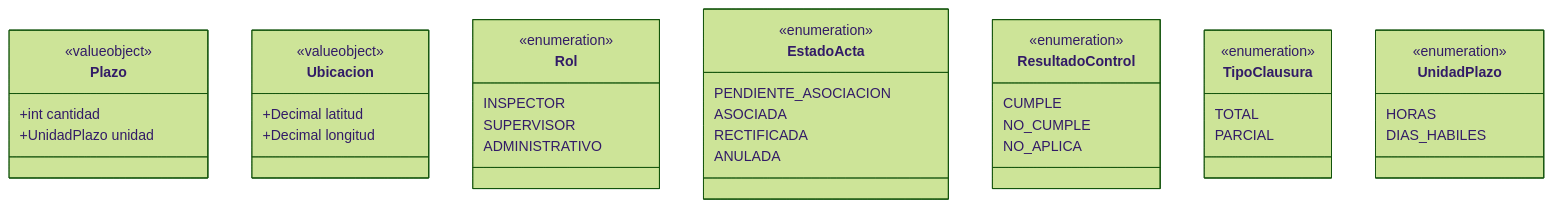
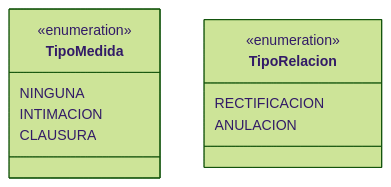
One commit to franiiel/TP-Integrador-ArqDeSoftware1 changed the diagram in docs/diagramas/tipos-dominio.mmd. Above: the diagram before and after it, drawn with Mermaid (forest theme). The commit also changed other lines of this file and 20 other files, not shown here.

```diff
--- a/docs/diagramas/tipos-dominio.mmd
+++ b/docs/diagramas/tipos-dominio.mmd
@@ -1,41 +1,13 @@
 classDiagram
     direction TB
-    class Plazo {
-        <<valueobject>>
-        +int cantidad
-        +UnidadPlazo unidad
+    class TipoMedida {
+        <<enumeration>>
+        NINGUNA
+        INTIMACION
+        CLAUSURA
     }
-    class Ubicacion {
-        <<valueobject>>
-        +Decimal latitud
-        +Decimal longitud
+    class TipoRelacion {
+        <<enumeration>>
+        RECTIFICACION
+        ANULACION
     }
-    class Rol {
-        <<enumeration>>
-        INSPECTOR
-        SUPERVISOR
-        ADMINISTRATIVO
-    }
-    class EstadoActa {
-        <<enumeration>>
-        PENDIENTE_ASOCIACION
-        ASOCIADA
-        RECTIFICADA
-        ANULADA
-    }
-    class ResultadoControl {
-        <<enumeration>>
-        CUMPLE
-        NO_CUMPLE
-        NO_APLICA
-    }
-    class TipoClausura {
-        <<enumeration>>
-        TOTAL
-        PARCIAL
-    }
-    class UnidadPlazo {
-        <<enumeration>>
-        HORAS
-        DIAS_HABILES
-    }
```
